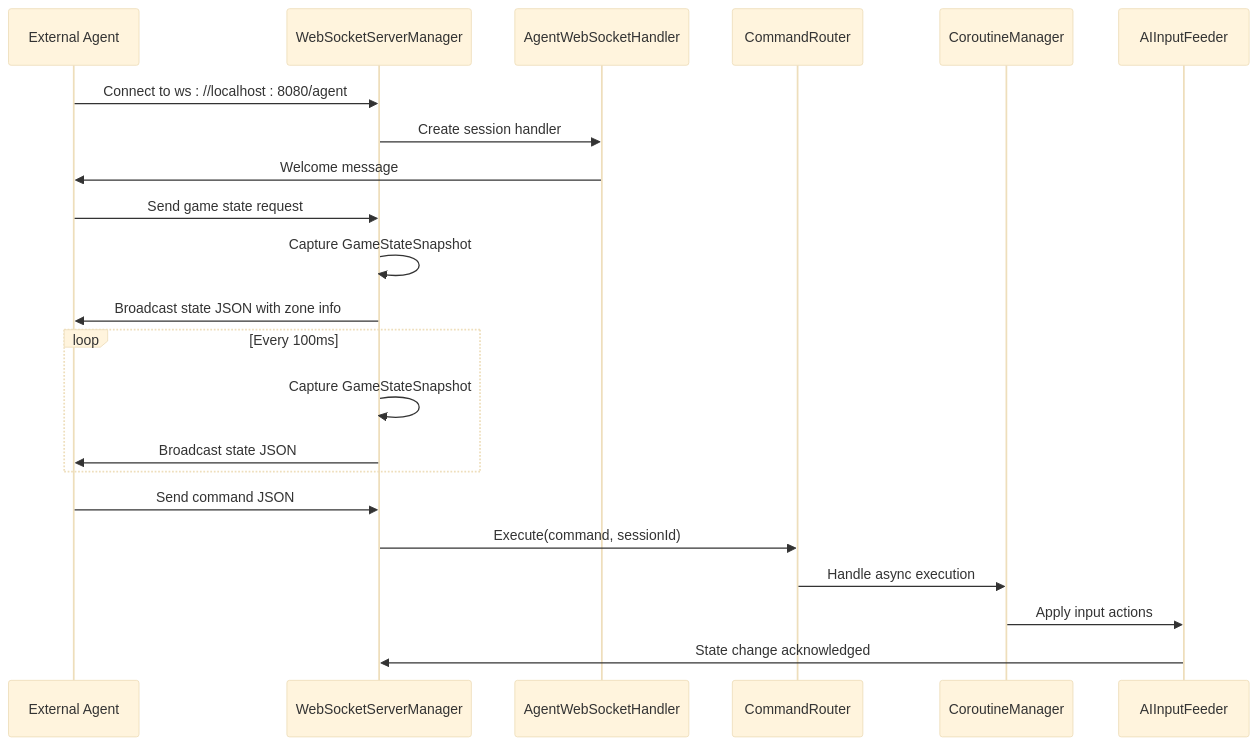
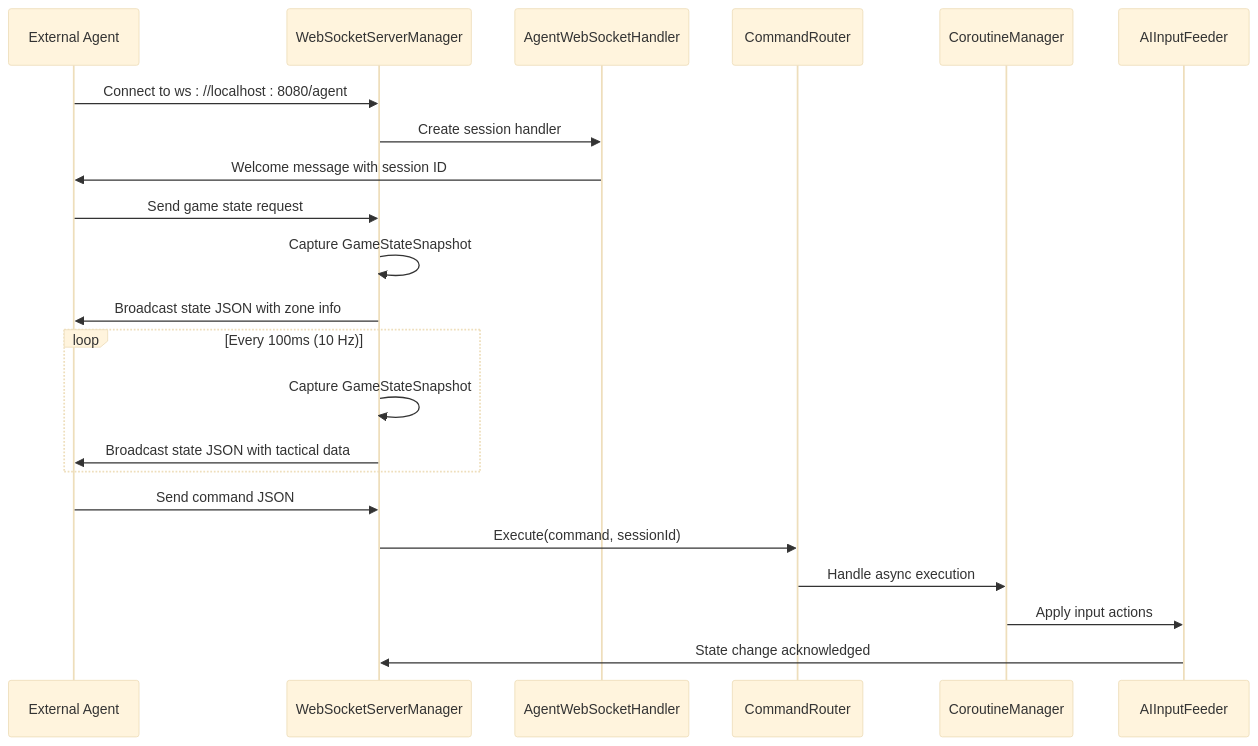
Before and after one commit to kandeng/AI-Controlled-battle-game: the second of 5 diagrams in .qoder/repowiki/en/content/System Architecture/WebSocket AI Agent Integration System.md, drawn with Mermaid (base theme). The commit also changed other lines of this file and 76 other files, not shown here.

````diff
--- a/.qoder/repowiki/en/content/System Architecture/WebSocket AI Agent Integration System.md
+++ b/.qoder/repowiki/en/content/System Architecture/WebSocket AI Agent Integration System.md
@@ -170,24 +172,24 @@
 ```mermaid
 sequenceDiagram
 participant Agent as External Agent
 participant Server as WebSocketServerManager
 participant Handler as AgentWebSocketHandler
 participant Router as CommandRouter
 participant CoroutineMgr as CoroutineManager
 participant AI as AIInputFeeder
 Agent->>Server : Connect to ws : //localhost : 8080/agent
 Server->>Handler : Create session handler
-Handler->>Agent : Welcome message
+Handler->>Agent : Welcome message with session ID
 Agent->>Server : Send game state request
 Server->>Server : Capture GameStateSnapshot
 Server->>Agent : Broadcast state JSON with zone info
-loop Every 100ms
+loop Every 100ms (10 Hz)
 Server->>Server : Capture GameStateSnapshot
-Server->>Agent : Broadcast state JSON
+Server->>Agent : Broadcast state JSON with tactical data
 end
 Agent->>Server : Send command JSON
 Server->>Router : Execute(command, sessionId)
 Router->>CoroutineMgr : Handle async execution
 CoroutineMgr->>AI : Apply input actions
 AI->>Server : State change acknowledged
 ```
````
